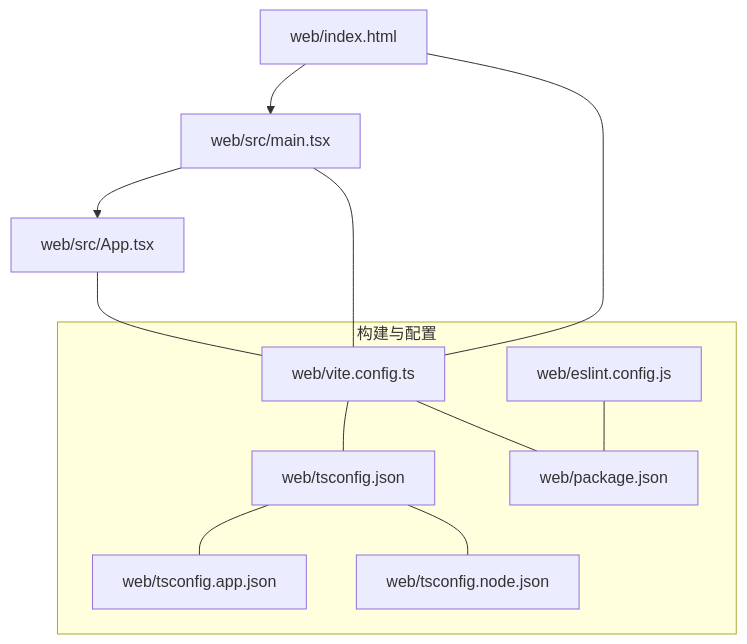
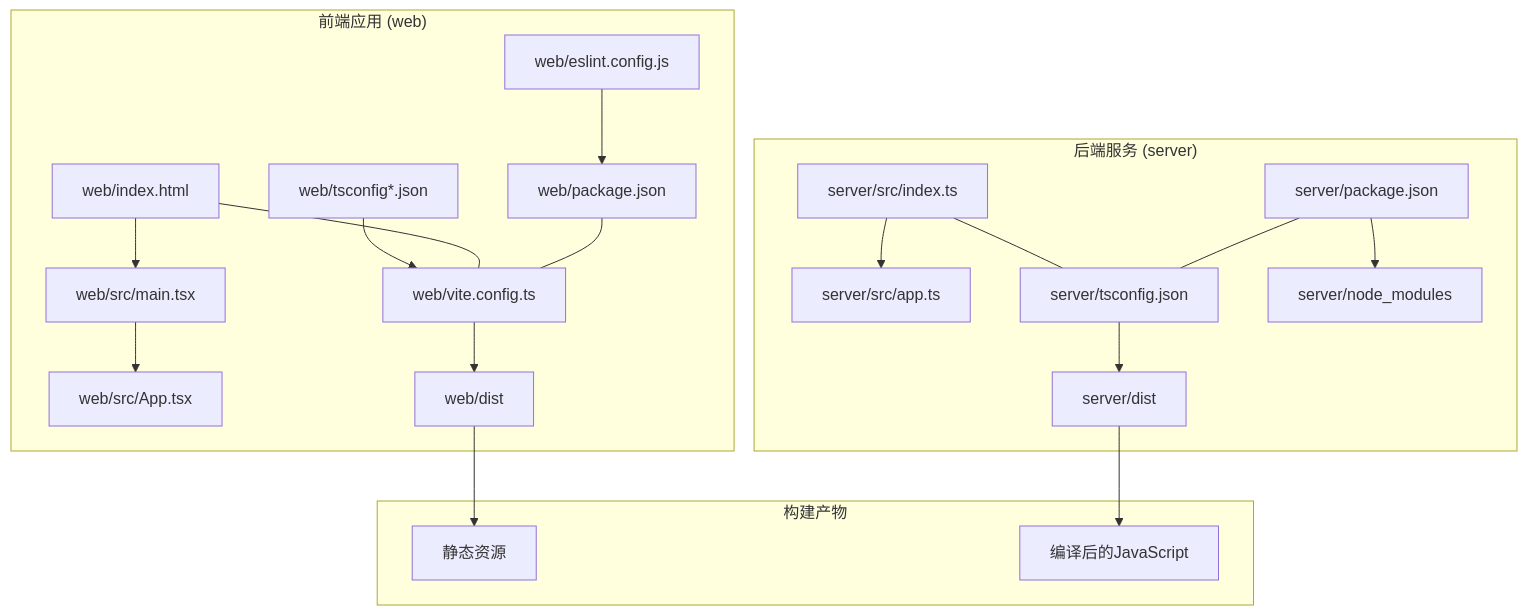
Before and after one commit to Maki3991/study-PactLedger: the first of 3 diagrams in .qoder/repowiki/zh/content/构建与部署.md, drawn with Mermaid. The commit also changed other lines of this file and 24 other files, not shown here.

````diff
--- a/.qoder/repowiki/zh/content/构建与部署.md
+++ b/.qoder/repowiki/zh/content/构建与部署.md
@@ -34,21 +49,23 @@
 ```mermaid
 graph TB
+subgraph "前端应用 (web)"
 A["web/index.html"] --> B["web/src/main.tsx"]
 B --> C["web/src/App.tsx"]
-subgraph "构建与配置"
-D["web/vite.config.ts"]
-E["web/tsconfig.json"]
-F["web/tsconfig.app.json"]
-G["web/tsconfig.node.json"]
-H["web/eslint.config.js"]
-I["web/package.json"]
+D["web/vite.config.ts"] --> E["web/dist"]
+F["web/tsconfig*.json"] --> D
+G["web/eslint.config.js"] --> H["web/package.json"]
+end
+subgraph "后端服务 (server)"
+I["server/src/index.ts"] --> J["server/src/app.ts"]
+K["server/tsconfig.json"] --> L["server/dist"]
+M["server/package.json"] --> N["server/node_modules"]
+end
+subgraph "构建产物"
+E --> O["静态资源"]
+L --> P["编译后的JavaScript"]
 end
 A --- D
-B --- D
-C --- D
-D --- E
-E --- F
-E --- G
-H --- I
-D --- I
+I --- K
+H --- D
+M --- K
 ```
````
